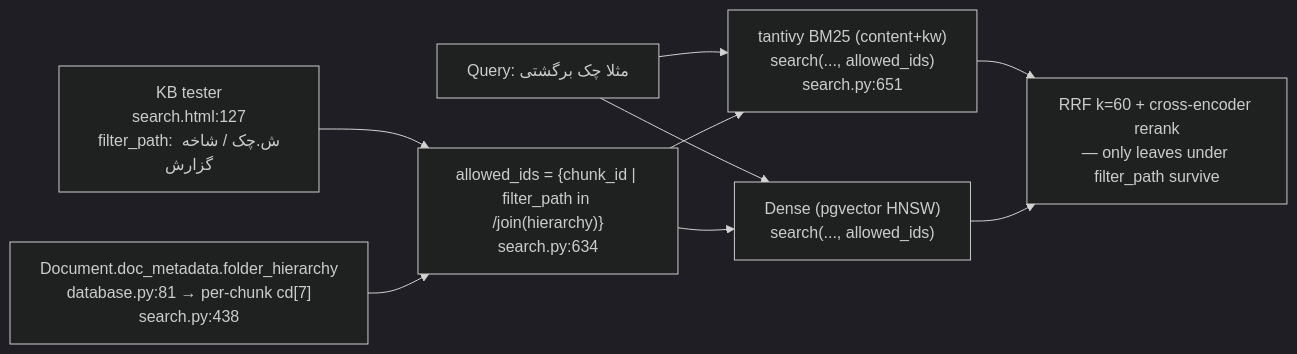
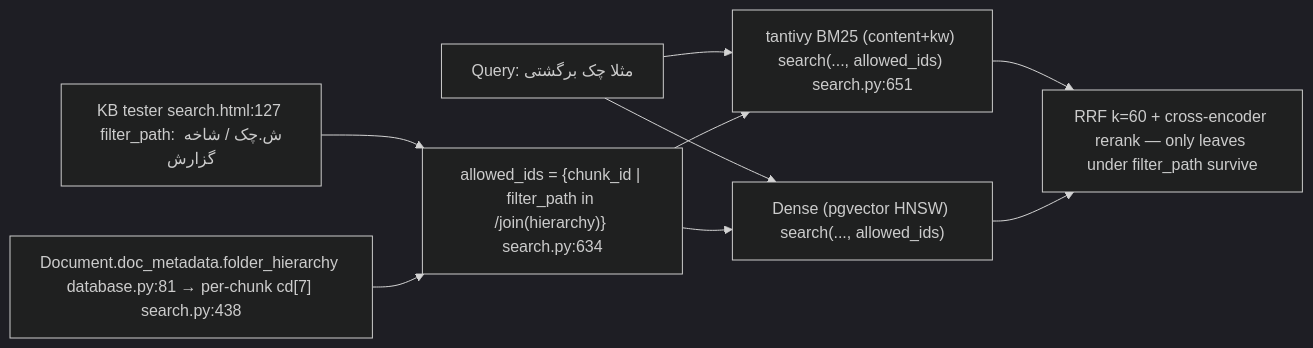
One commit to AliNikkhah2001/Work_RAG-KB changed the seventh of 12 diagrams in kb-manager/README.md. Above: the diagram before and after it, drawn with Mermaid (dark theme). The commit also changed other lines of this file, not shown here.

Commit message:
docs(kb-manager): remove <br/> tags from mermaid diagrams for compilation

````diff
--- a/kb-manager/README.md
+++ b/kb-manager/README.md
@@ -218,19 +218,19 @@
 ```mermaid
 flowchart LR
-    UI["KB tester<br/>search.html:127<br/>filter_path: ش.چک / شاخه گزارش"]
+    UI["KB tester search.html:127 filter_path: ش.چک / شاخه گزارش"]
     Q["Query: مثلا چک برگشتی"]
-    HIER["Document.doc_metadata.folder_hierarchy<br/>database.py:81 → per-chunk cd[7]<br/>search.py:438"]
-    ALLOWED["allowed_ids = {chunk_id | filter_path in /join(hierarchy)}<br/>search.py:634"]
-    BM25["tantivy BM25 (content+kw)<br/>search(..., allowed_ids)<br/>search.py:651"]
-    DENSE["Dense (pgvector HNSW)<br/>search(..., allowed_ids)"]
-    RRF["RRF k=60 + cross-encoder rerank<br/>— only leaves under filter_path survive"]
+    HIER["Document.doc_metadata.folder_hierarchy database.py:81 → per-chunk cd[7] search.py:438"]
+    ALLOWED["allowed_ids = {chunk_id | filter_path in /join(hierarchy)} search.py:634"]
+    BM25["tantivy BM25 (content+kw) search(..., allowed_ids) search.py:651"]
+    DENSE["Dense (pgvector HNSW) search(..., allowed_ids)"]
+    RRF["RRF k=60 + cross-encoder rerank — only leaves under filter_path survive"]
 
     UI --> ALLOWED
     Q --> BM25
     Q --> DENSE
     HIER --> ALLOWED
     ALLOWED --> BM25
     ALLOWED --> DENSE
     BM25 --> RRF
     DENSE --> RRF
 ```
````
